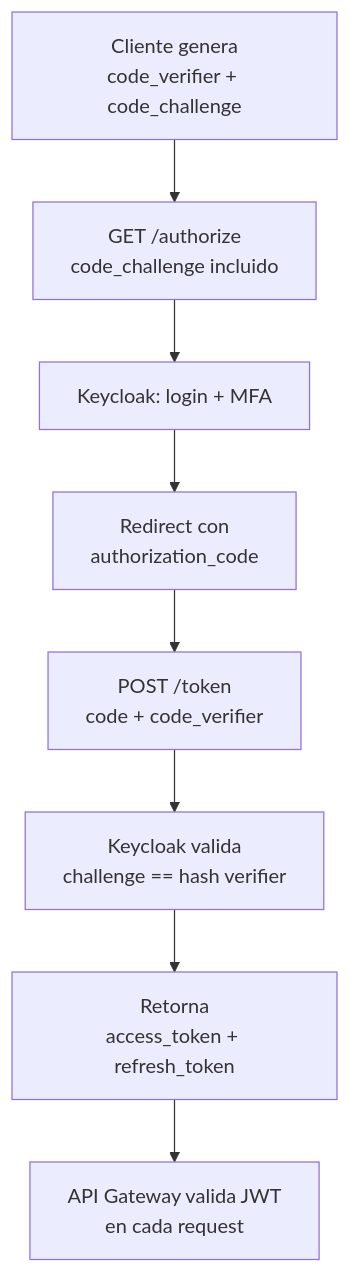
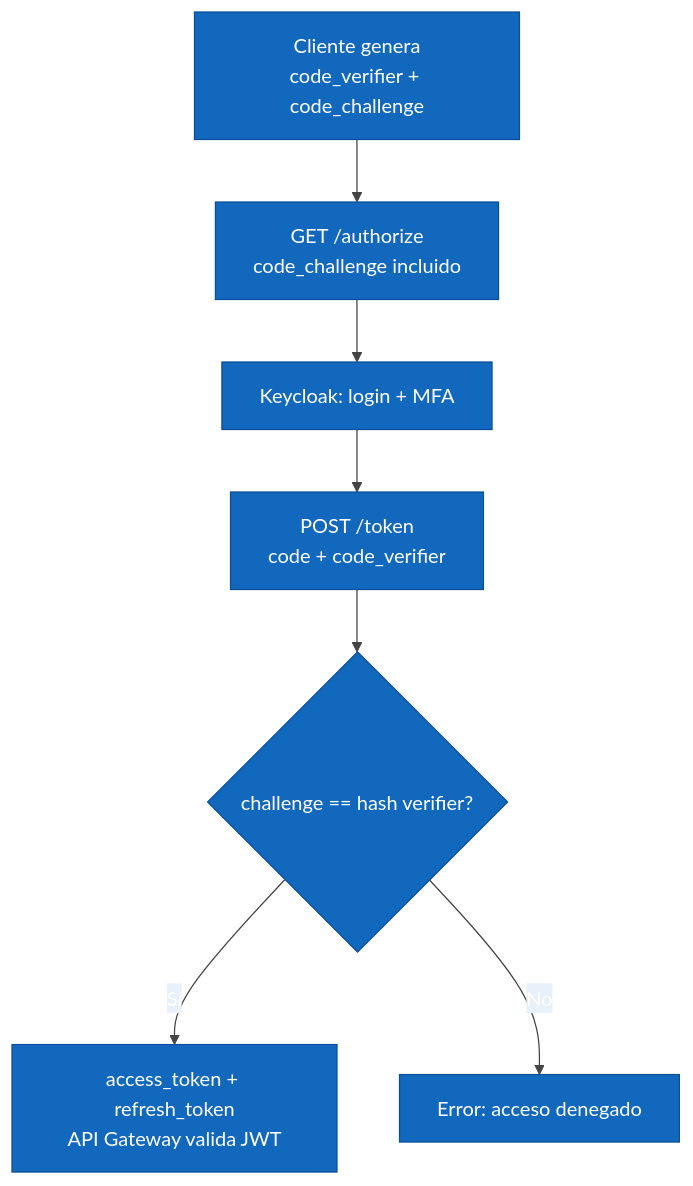
One commit to DavidVique1998/CV changed the sixth of 11 diagrams in docs/origin/BP_BANKING_ARCHITECTURE.md. Above: the diagram before and after it, drawn with Mermaid. The commit also changed other lines of this file and 1 other file, not shown here.

First line of the commit message:
docs: fix C4 diagrams layout — remove direction LR, re-export PDF

````diff
--- a/docs/origin/BP_BANKING_ARCHITECTURE.md
+++ b/docs/origin/BP_BANKING_ARCHITECTURE.md
@@ -250,10 +259,10 @@
 ```mermaid
+%%{init: {'theme': 'base', 'themeVariables': {'primaryColor': '#1168bd', 'primaryTextColor': '#ffffff', 'primaryBorderColor': '#0b4e99', 'lineColor': '#444444', 'secondaryColor': '#e8f0fa', 'tertiaryColor': '#f0f0f0'}}}%%
 flowchart TD
     A[Cliente genera\ncode_verifier + code_challenge] --> B[GET /authorize\ncode_challenge incluido]
     B --> C[Keycloak: login + MFA]
-    C --> D[Redirect con\nauthorization_code]
-    D --> E[POST /token\ncode + code_verifier]
-    E --> F[Keycloak valida\nchallenge == hash verifier]
-    F --> G[Retorna\naccess_token + refresh_token]
-    G --> H[API Gateway valida JWT\nen cada request]
+    C --> D[POST /token\ncode + code_verifier]
+    D --> E{challenge == hash verifier?}
+    E -- Sí --> F[access_token + refresh_token\nAPI Gateway valida JWT]
+    E -- No --> G[Error: acceso denegado]
 ```
````
